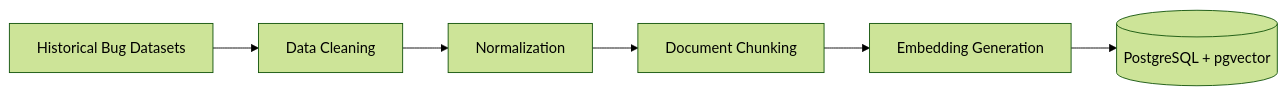
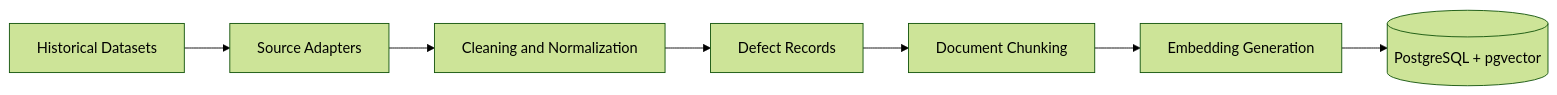
Before and after one commit to Mokshsaini7/intelligent-bug-diagnosis-platform: the second of 3 diagrams in README.md, drawn with Mermaid (forest theme). The commit also changed other lines of this file, not shown here.

````diff
--- a/README.md
+++ b/README.md
@@ -325,8 +236,9 @@
 ```mermaid
 flowchart LR
-    A["Historical Bug Datasets"] --> B["Data Cleaning"]
-    B --> C["Normalization"]
-    C --> D["Document Chunking"]
-    D --> E["Embedding Generation"]
-    E --> F[("PostgreSQL + pgvector")]
+    A["Historical Datasets"] --> B["Source Adapters"]
+    B --> C["Cleaning and Normalization"]
+    C --> D["Defect Records"]
+    D --> E["Document Chunking"]
+    E --> F["Embedding Generation"]
+    F --> G[("PostgreSQL + pgvector")]
 ```
````
